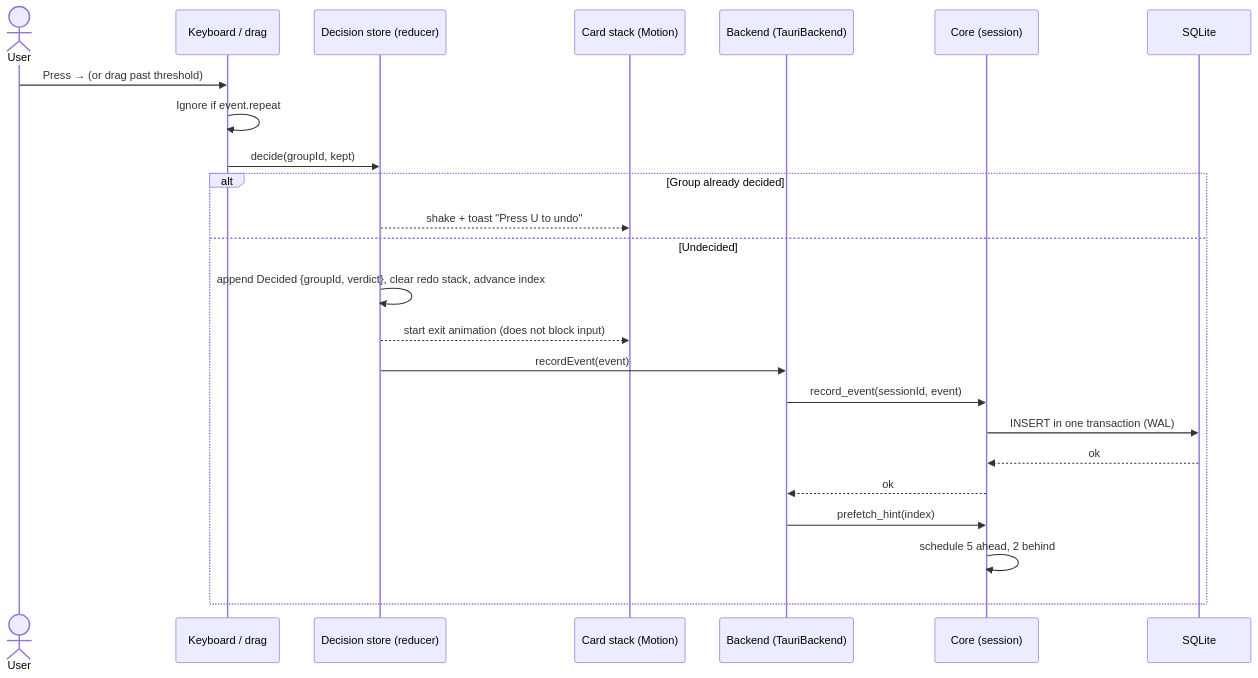
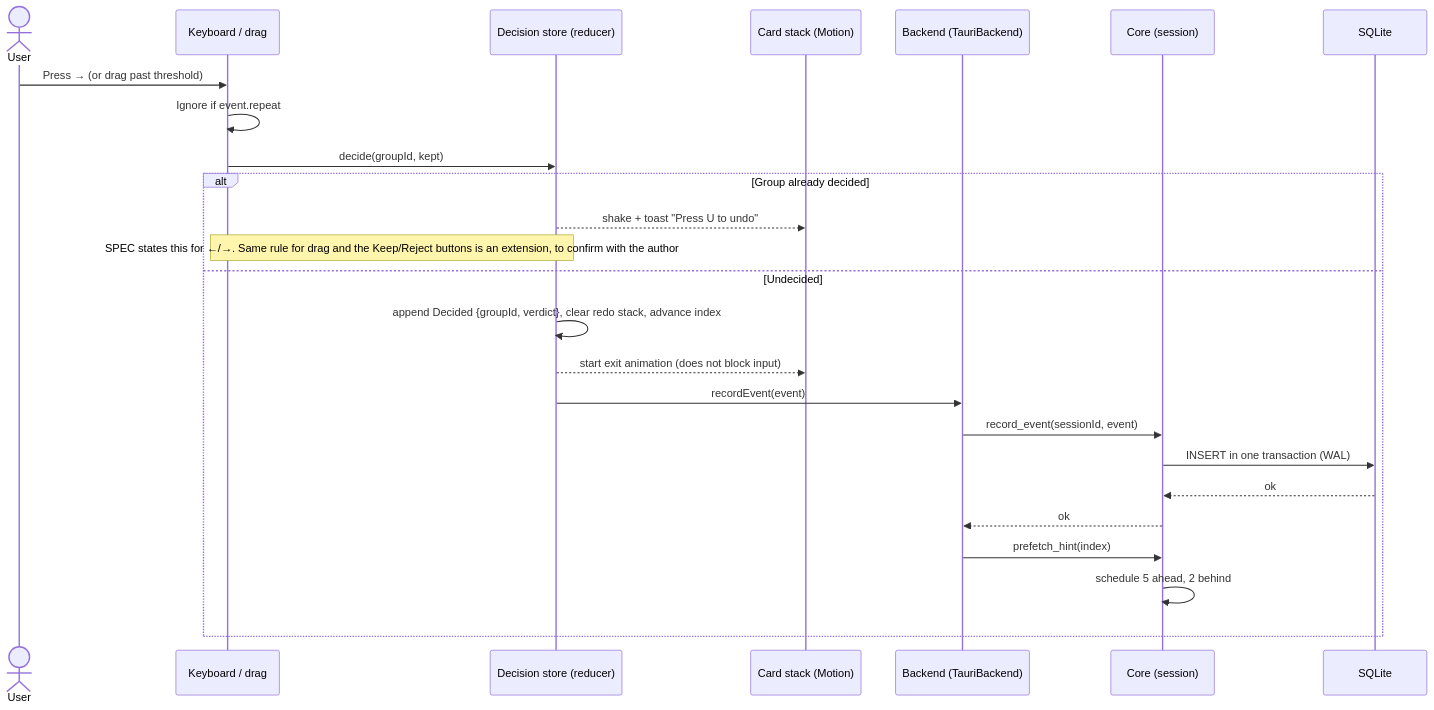
The fifth of 9 diagrams in docs/architecture.md (margaux-faurie/culla), drawn with Mermaid before and after one commit. The commit also changed other lines of this file and 10 other files, not shown here.

````diff
--- a/docs/architecture.md
+++ b/docs/architecture.md
@@ -251,27 +251,28 @@
 ```mermaid
 sequenceDiagram
   actor U as User
   participant K as Keyboard / drag
   participant R as Decision store (reducer)
   participant CS as Card stack (Motion)
   participant BE as Backend (TauriBackend)
   participant C as Core (session)
   participant DB as SQLite
 
   U->>K: Press → (or drag past threshold)
   K->>K: Ignore if event.repeat
   K->>R: decide(groupId, kept)
   alt Group already decided
     R-->>CS: shake + toast "Press U to undo"
+    Note over K,R: SPEC states this for ←/→. Same rule for drag and the Keep/Reject buttons is an extension, to confirm with the author
   else Undecided
     R->>R: append Decided {groupId, verdict}, clear redo stack, advance index
     R-->>CS: start exit animation (does not block input)
     R->>BE: recordEvent(event)
     BE->>C: record_event(sessionId, event)
     C->>DB: INSERT in one transaction (WAL)
     DB-->>C: ok
     C-->>BE: ok
     BE->>C: prefetch_hint(index)
     C->>C: schedule 5 ahead, 2 behind
   end
 ```
````
